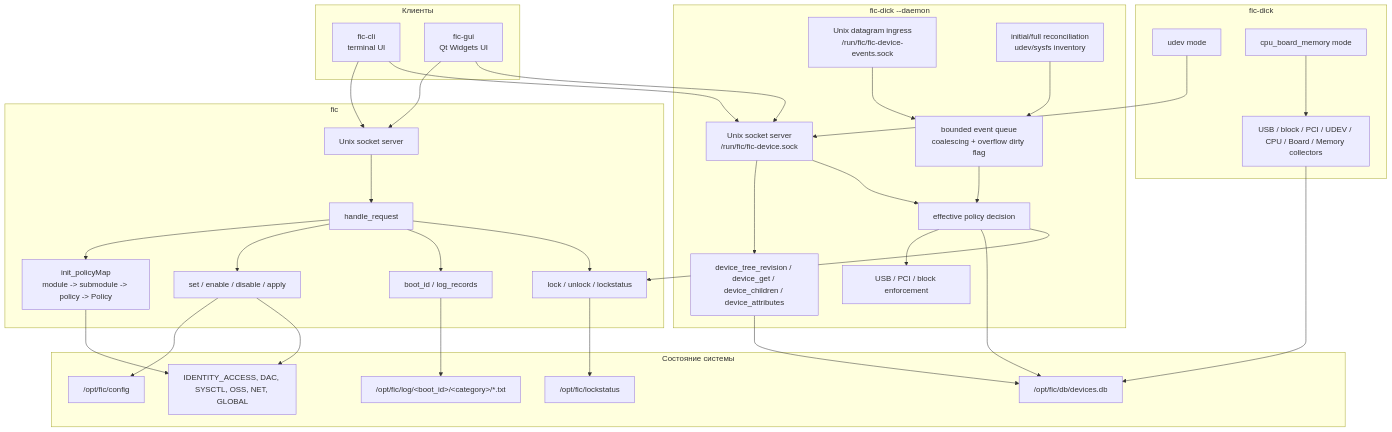
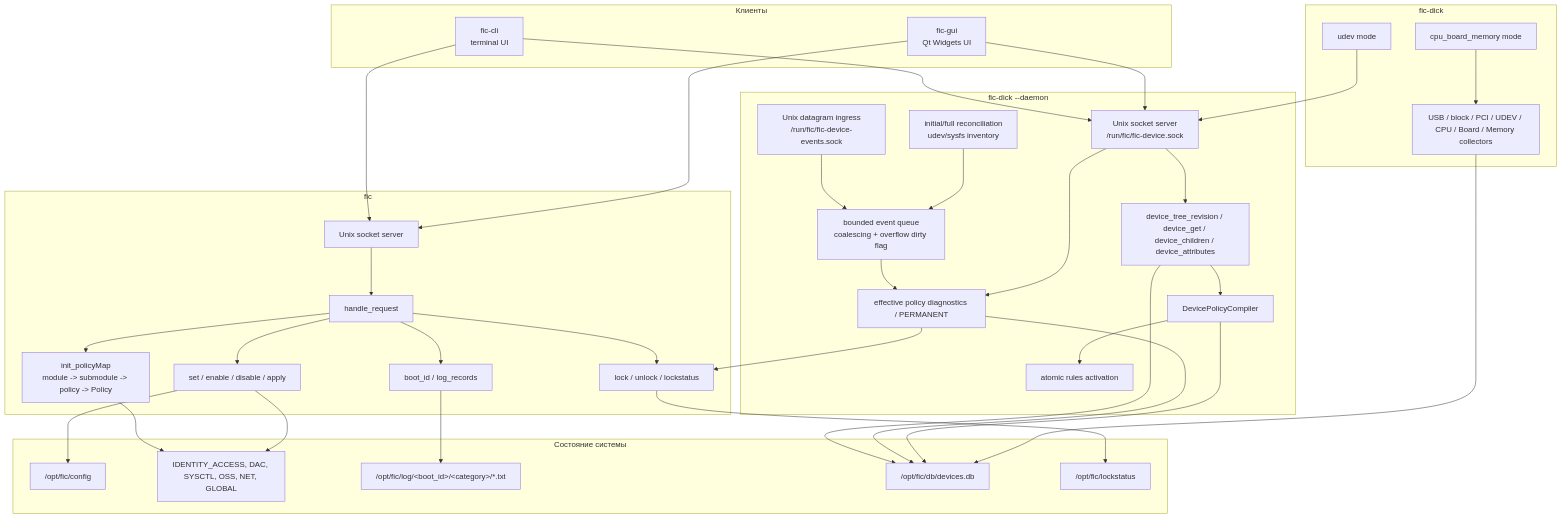
One commit to RevoltStar/FIC changed the second of 19 diagrams in docs/architecture-diagrams.md. Above: the diagram before and after it, drawn with Mermaid. The commit also changed other lines of this file and 34 other files, not shown here.

````diff
--- a/docs/architecture-diagrams.md
+++ b/docs/architecture-diagrams.md
@@ -74,69 +77,72 @@
 ```mermaid
 flowchart TB
     subgraph Clients[Клиенты]
         cli["fic-cli<br/>terminal UI"]
         gui["fic-gui<br/>Qt Widgets UI"]
     end
 
     subgraph Daemon[fic]
         ipcServer[Unix socket server]
         requestRouter[handle_request]
         policyMap["init_policyMap<br/>module -> submodule -> policy -> Policy"]
         policyOps[set / enable / disable / apply]
         logApi[boot_id / log_records]
         lockApi[lock / unlock / lockstatus]
     end
 
     subgraph DeviceDaemon["fic-dick --daemon"]
         deviceIpc[Unix socket server<br/>/run/fic/fic-device.sock]
         eventIpc[Unix datagram ingress<br/>/run/fic/fic-device-events.sock]
         reconcile[initial/full reconciliation<br/>udev/sysfs inventory]
         eventQueue[bounded event queue<br/>coalescing + overflow dirty flag]
         deviceApi[device_tree_revision / device_get / device_children / device_attributes]
-        devicePolicy[effective policy decision]
-        deviceApply[USB / PCI / block enforcement]
+        deviceCompiler[DevicePolicyCompiler]
+        deviceActivator[atomic rules activation]
+        devicePolicy[effective policy diagnostics / PERMANENT]
     end
 
     subgraph CoreStorage[Состояние системы]
         config["/opt/fic/config"]
         modules[IDENTITY_ACCESS, DAC, SYSCTL, OSS, NET, GLOBAL]
         logs["/opt/fic/log/&lt;boot_id&gt;/&lt;category&gt;/*.txt"]
         db["/opt/fic/db/devices.db"]
         lockstatus["/opt/fic/lockstatus"]
     end
 
     subgraph Collectors[fic-dick]
         udevMode[udev mode]
         staticMode[cpu_board_memory mode]
         collectors[USB / block / PCI / UDEV / CPU / Board / Memory collectors]
     end
 
     cli --> ipcServer
     gui --> ipcServer
     cli --> deviceIpc
     gui --> deviceIpc
     ipcServer --> requestRouter
     requestRouter --> policyMap
     requestRouter --> policyOps
     requestRouter --> logApi
     requestRouter --> lockApi
     deviceIpc --> deviceApi
     eventIpc --> eventQueue
     reconcile --> eventQueue
     eventQueue --> devicePolicy
     deviceIpc --> devicePolicy
-    devicePolicy --> deviceApply
+    deviceApi --> deviceCompiler
+    deviceCompiler --> deviceActivator
 
     policyMap --> modules
     policyOps --> config
     policyOps --> modules
     logApi --> logs
     deviceApi --> db
     devicePolicy --> db
+    deviceCompiler --> db
     lockApi --> lockstatus
     devicePolicy --> lockApi
 
     udevMode --> deviceIpc
     staticMode --> collectors
     collectors --> db
 ```
````
